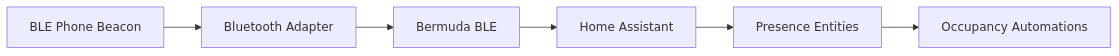
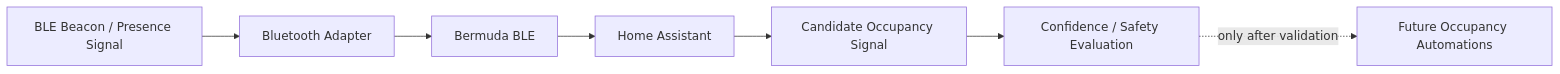
The diagram in docs/diagrams/presence-flow.md (keriol/Iot-home-automation), drawn with Mermaid before and after one commit. The commit also changed other lines of this file, not shown here.

Commit message:
docs(presence): mark BLE flow as candidate [DOC-003]

````diff
--- a/docs/diagrams/presence-flow.md
+++ b/docs/diagrams/presence-flow.md
@@ -3,16 +9,18 @@
 ```mermaid
 flowchart LR
 
-    Phone[BLE Phone Beacon]
+    Beacon[BLE Beacon / Presence Signal]
     Adapter[Bluetooth Adapter]
     Bermuda[Bermuda BLE]
     HA[Home Assistant]
-    Presence[Presence Entities]
-    Automations[Occupancy Automations]
+    Candidate[Candidate Occupancy Signal]
+    Policy[Confidence / Safety Evaluation]
+    Future[Future Occupancy Automations]
 
-    Phone --> Adapter
+    Beacon --> Adapter
     Adapter --> Bermuda
     Bermuda --> HA
-    HA --> Presence
-    Presence --> Automations
+    HA --> Candidate
+    Candidate --> Policy
+    Policy -. only after validation .-> Future
 ```
````
